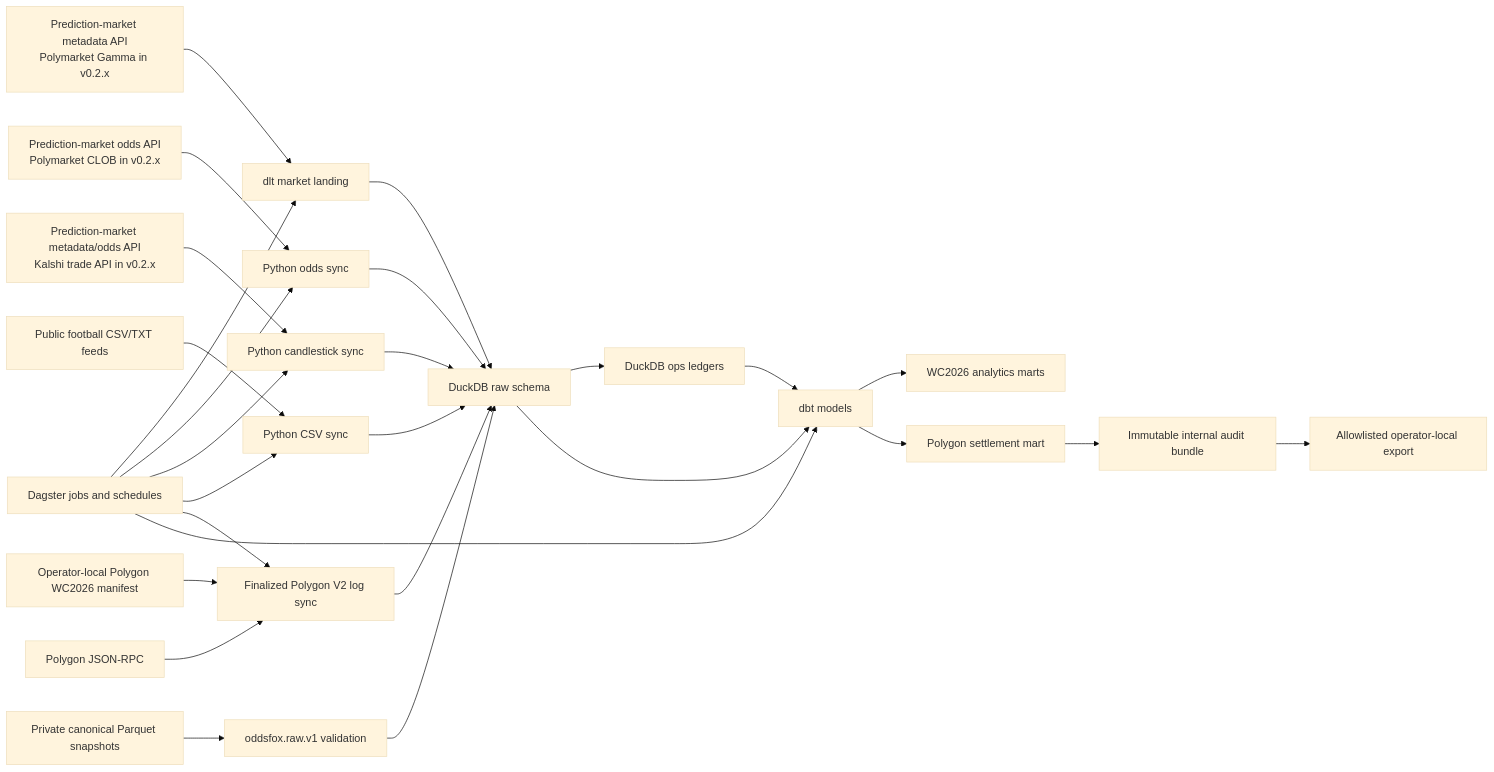
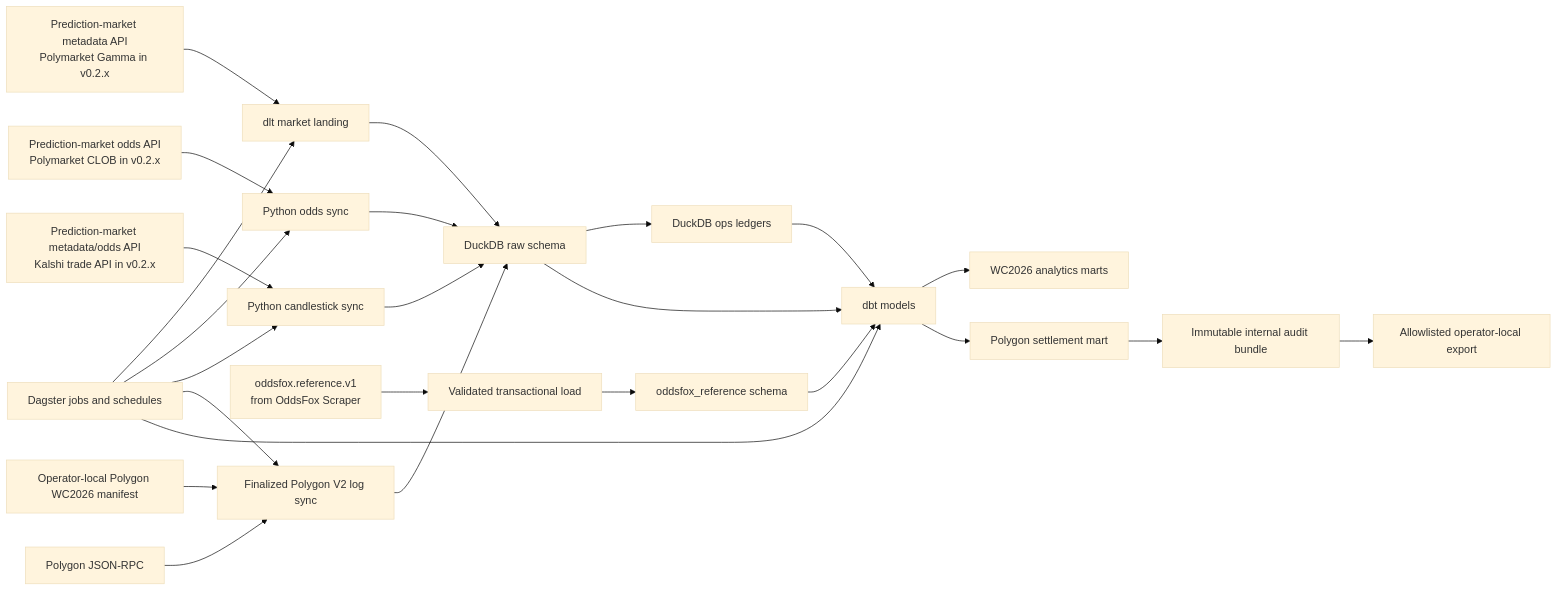
One commit to hypertrial/oddsfox-pipeline changed the first of 2 diagrams in docs/concepts/architecture.md. Above: the diagram before and after it, drawn with Mermaid (base theme). The commit also changed other lines of this file and 212 other files, not shown here.

````diff
--- a/docs/concepts/architecture.md
+++ b/docs/concepts/architecture.md
@@ -27,29 +28,27 @@
 ```mermaid
 flowchart LR
     gamma["Prediction-market metadata API<br/>Polymarket Gamma in v0.2.x"] --> dlt["dlt market landing"]
     clob["Prediction-market odds API<br/>Polymarket CLOB in v0.2.x"] --> odds["Python odds sync"]
     kalshi_api["Prediction-market metadata/odds API<br/>Kalshi trade API in v0.2.x"] --> kalshi_sync["Python candlestick sync"]
-    results["Public football CSV/TXT feeds"] --> result_sync["Python CSV sync"]
+    reference["oddsfox.reference.v1<br/>from OddsFox Scraper"] --> reference_load["Validated transactional load"]
     seed["Operator-local Polygon WC2026 manifest"] --> polygon_sync["Finalized Polygon V2 log sync"]
     polygon_rpc["Polygon JSON-RPC"] --> polygon_sync
-    private["Private canonical Parquet snapshots"] --> validate["oddsfox.raw.v1 validation"]
     dlt --> raw["DuckDB raw schema"]
     odds --> raw
     kalshi_sync --> raw
-    result_sync --> raw
+    reference_load --> reference_schema["oddsfox_reference schema"]
     polygon_sync --> raw
-    validate --> raw
     raw --> ops["DuckDB ops ledgers"]
     raw --> dbt["dbt models"]
+    reference_schema --> dbt
     ops --> dbt
     dbt --> marts["WC2026 analytics marts"]
     dbt --> polygon_mart["Polygon settlement mart"]
     polygon_mart --> audit["Immutable internal audit bundle"]
     audit --> export["Allowlisted operator-local export"]
     dagster["Dagster jobs and schedules"] --> dlt
     dagster --> odds
     dagster --> kalshi_sync
-    dagster --> result_sync
     dagster --> polygon_sync
     dagster --> dbt
 ```
````
